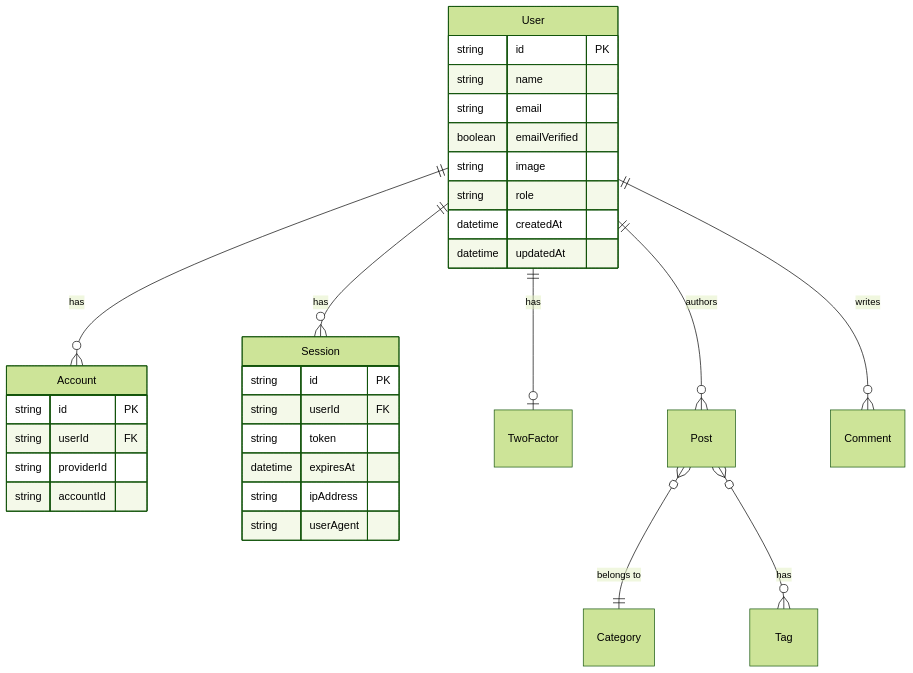
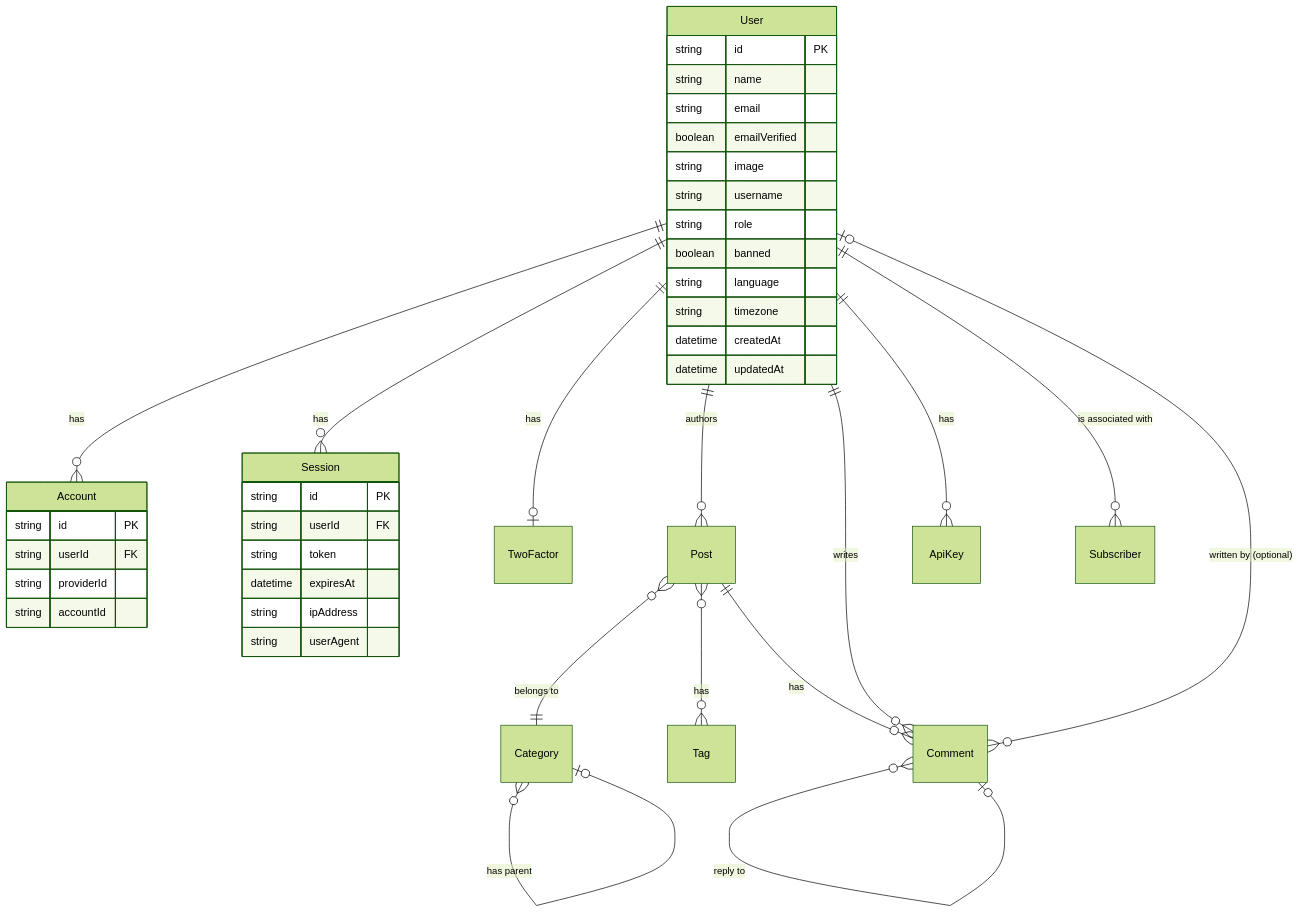
Before and after one commit to CaoMeiYouRen/momei: the diagram in docs/design/database.md, drawn with Mermaid (forest theme). The commit also changed other lines of this file and 9 other files, not shown here.

````diff
--- a/docs/design/database.md
+++ b/docs/design/database.md
@@ -9,37 +9,47 @@
 ```mermaid
 erDiagram
     User ||--o{ Account : "has"
     User ||--o{ Session : "has"
     User ||--o| TwoFactor : "has"
     User ||--o{ Post : "authors"
     User ||--o{ Comment : "writes"
+    User ||--o{ ApiKey : "has"
+    User ||--o{ Subscriber : "is associated with"
     Post }o--|| Category : "belongs to"
     Post }o--o{ Tag : "has"
+    Post ||--o{ Comment : "has"
+    Comment }o--o| User : "written by (optional)"
+    Comment }o--o| Comment : "reply to"
+    Category }o--o| Category : "has parent"
 
     User {
         string id PK
         string name
         string email
         boolean emailVerified
         string image
+        string username
         string role
+        boolean banned
+        string language
+        string timezone
         datetime createdAt
         datetime updatedAt
     }
 
     Account {
         string id PK
         string userId FK
         string providerId
         string accountId
     }
 
     Session {
         string id PK
         string userId FK
         string token
         datetime expiresAt
         string ipAddress
         string userAgent
     }
 ```
````
